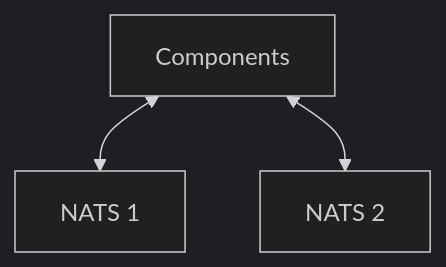
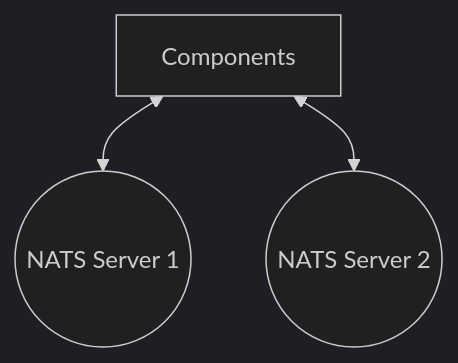
The second of 3 diagrams in docs/farming-&-staking/farming/advanced-cli/cli-farming-cluster.mdx (autonomys/subspace-docs), drawn with Mermaid (dark theme) before and after one commit. The commit also changed other lines of this file, not shown here.

Commit message:
Standardize diagrams

````diff
--- a/docs/farming-&-staking/farming/advanced-cli/cli-farming-cluster.mdx
+++ b/docs/farming-&-staking/farming/advanced-cli/cli-farming-cluster.mdx
@@ -238,5 +238,5 @@
 ```mermaid
 flowchart
-    A[Components] <--> B[NATS 1]
-    A[Components] <--> C[NATS 2]
+    A[Components] <--> B((NATS Server 1))
+    A[Components] <--> C((NATS Server 2))
 ```
````
